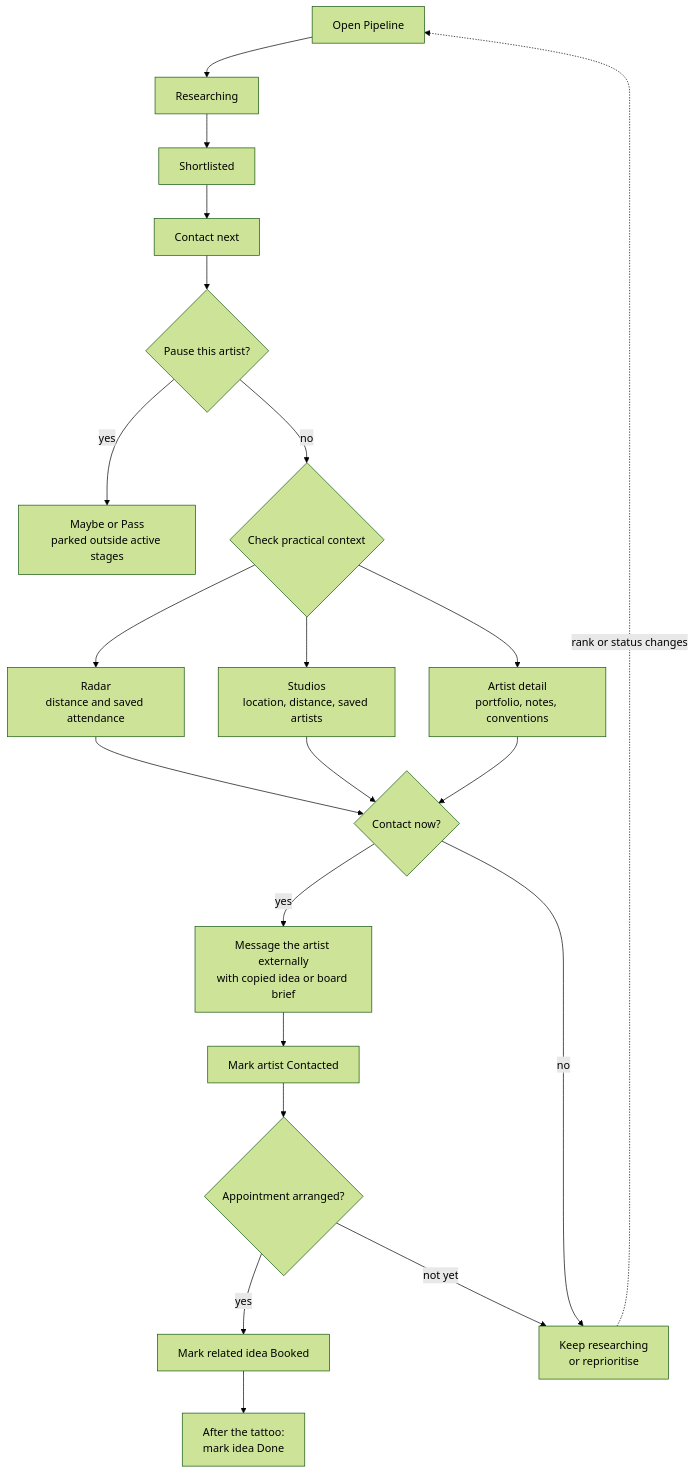
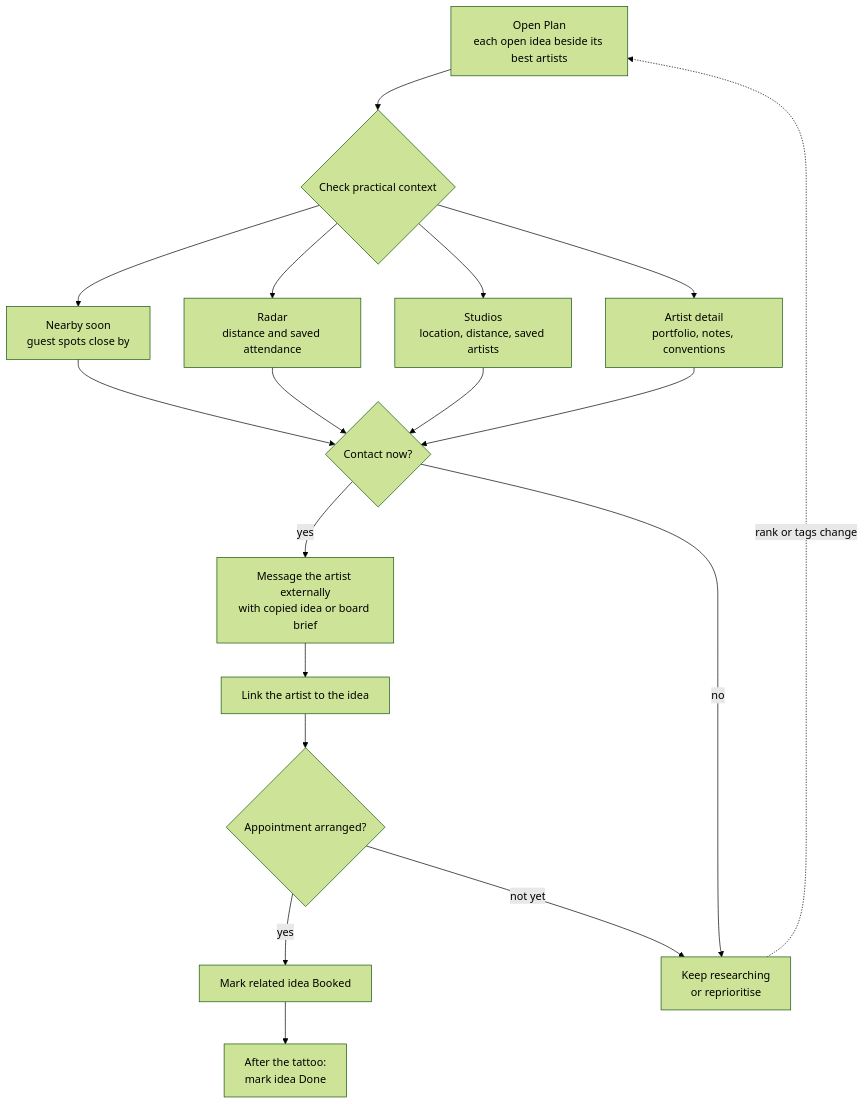
Before and after one commit to Pritesh1980/sable: the sixth of 8 diagrams in docs/USER-WORKFLOWS.md, drawn with Mermaid (forest theme). The commit also changed other lines of this file and 85 other files, not shown here.

First line of the commit message:
feat(plan): Pipeline becomes Plan, and artist status leaves the app (#220 D)

````diff
--- a/docs/USER-WORKFLOWS.md
+++ b/docs/USER-WORKFLOWS.md
@@ -251,32 +245,27 @@
 ```mermaid
 flowchart TB
-  PIPE["Open Pipeline"]
-  RESEARCH["Researching"]
-  SHORT["Shortlisted"]
-  NEXT["Contact next"]
-  PARK{"Pause this artist?"}
-  MAYBE["Maybe or Pass<br/>parked outside active stages"]
+  PLANP["Open Plan<br/>each open idea beside its best artists"]
   CONTEXT{"Check practical context"}
+  NEARBY["Nearby soon<br/>guest spots close by"]
   RADAR["Radar<br/>distance and saved attendance"]
   STUDIO["Studios<br/>location, distance, saved artists"]
   DETAIL["Artist detail<br/>portfolio, notes, conventions"]
   DECIDE{"Contact now?"}
   CONTACT["Message the artist externally<br/>with copied idea or board brief"]
-  MARK["Mark artist Contacted"]
+  LINK["Link the artist to the idea"]
   APPOINT{"Appointment arranged?"}
   BOOKED["Mark related idea Booked"]
   DONE["After the tattoo:<br/>mark idea Done"]
   LOOP["Keep researching<br/>or reprioritise"]
 
-  PIPE --> RESEARCH --> SHORT --> NEXT --> PARK
-  PARK -- yes --> MAYBE
-  PARK -- no --> CONTEXT
+  PLANP --> CONTEXT
+  CONTEXT --> NEARBY --> DECIDE
   CONTEXT --> RADAR --> DECIDE
   CONTEXT --> STUDIO --> DECIDE
   CONTEXT --> DETAIL --> DECIDE
-  DECIDE -- yes --> CONTACT --> MARK --> APPOINT
+  DECIDE -- yes --> CONTACT --> LINK --> APPOINT
   APPOINT -- yes --> BOOKED --> DONE
   APPOINT -- "not yet" --> LOOP
   DECIDE -- no --> LOOP
-  LOOP -. "rank or status changes" .-> PIPE
+  LOOP -. "rank or tags change" .-> PLANP
 ```
````
